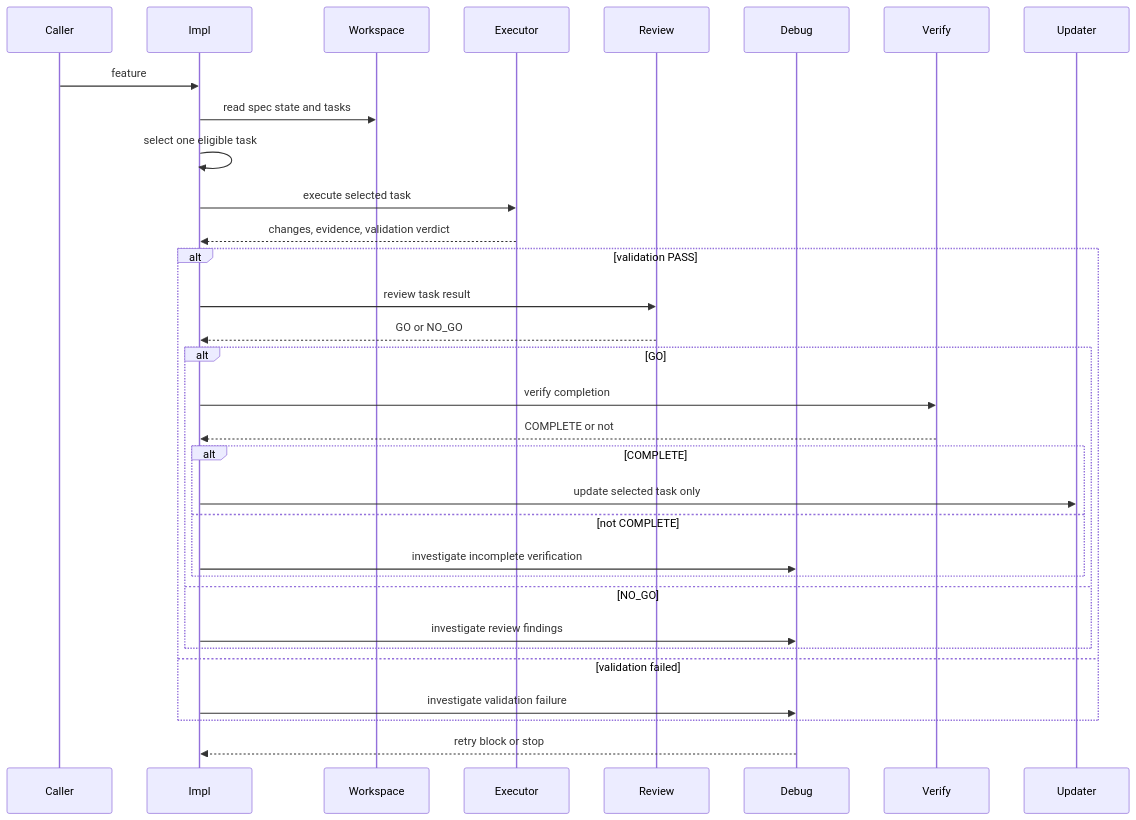
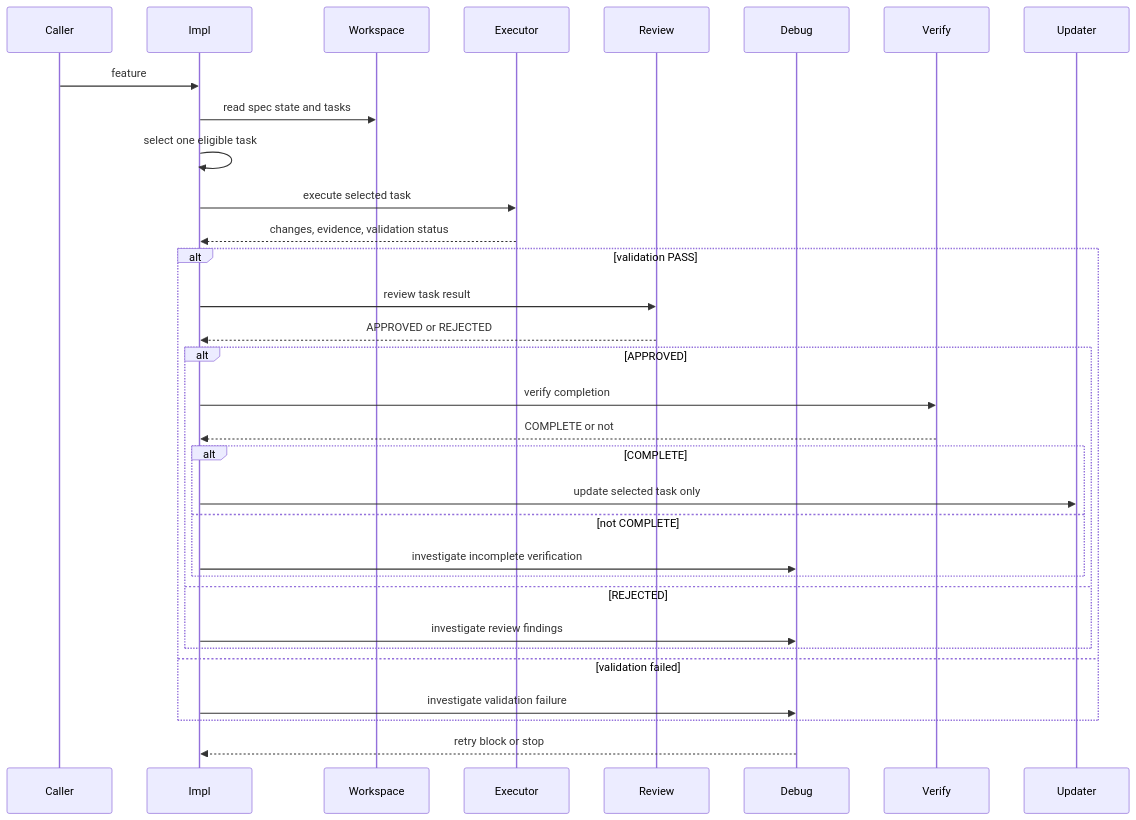
One commit to j5ik2o/takt-sdd changed the second of 3 diagrams in .kiro/specs/kiro-iterative-implementation-workflow/design.md. Above: the diagram before and after it, drawn with Mermaid. The commit also changed other lines of this file and 25 other files, not shown here.

````diff
--- a/.kiro/specs/kiro-iterative-implementation-workflow/design.md
+++ b/.kiro/specs/kiro-iterative-implementation-workflow/design.md
@@ -197,34 +202,34 @@
 ```mermaid
 sequenceDiagram
     participant Caller
     participant Impl
     participant Workspace
     participant Executor
     participant Review
     participant Debug
     participant Verify
     participant Updater
     Caller->>Impl: feature
     Impl->>Workspace: read spec state and tasks
     Impl->>Impl: select one eligible task
     Impl->>Executor: execute selected task
-    Executor-->>Impl: changes, evidence, validation verdict
+    Executor-->>Impl: changes, evidence, validation status
     alt validation PASS
         Impl->>Review: review task result
-        Review-->>Impl: GO or NO_GO
-        alt GO
+        Review-->>Impl: APPROVED or REJECTED
+        alt APPROVED
             Impl->>Verify: verify completion
             Verify-->>Impl: COMPLETE or not
             alt COMPLETE
                 Impl->>Updater: update selected task only
             else not COMPLETE
                 Impl->>Debug: investigate incomplete verification
             end
-        else NO_GO
+        else REJECTED
             Impl->>Debug: investigate review findings
         end
     else validation failed
         Impl->>Debug: investigate validation failure
     end
     Debug-->>Impl: retry block or stop
 ```
````
